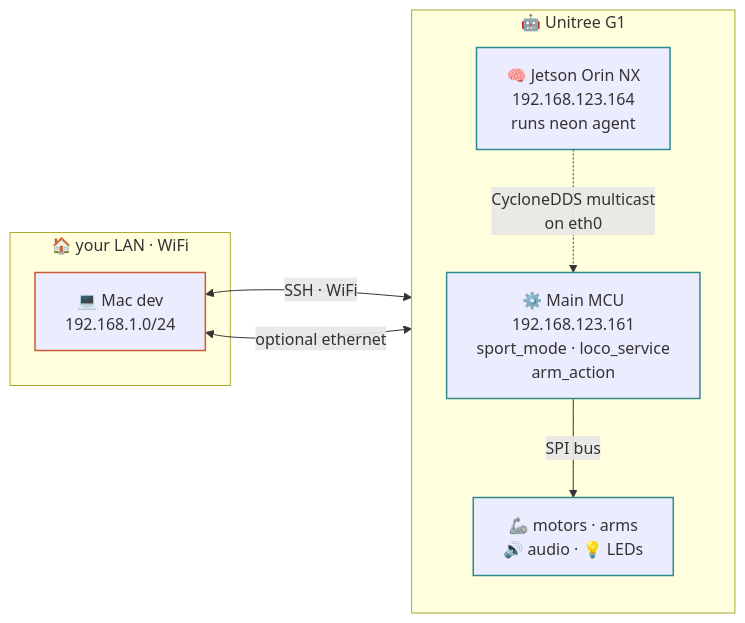
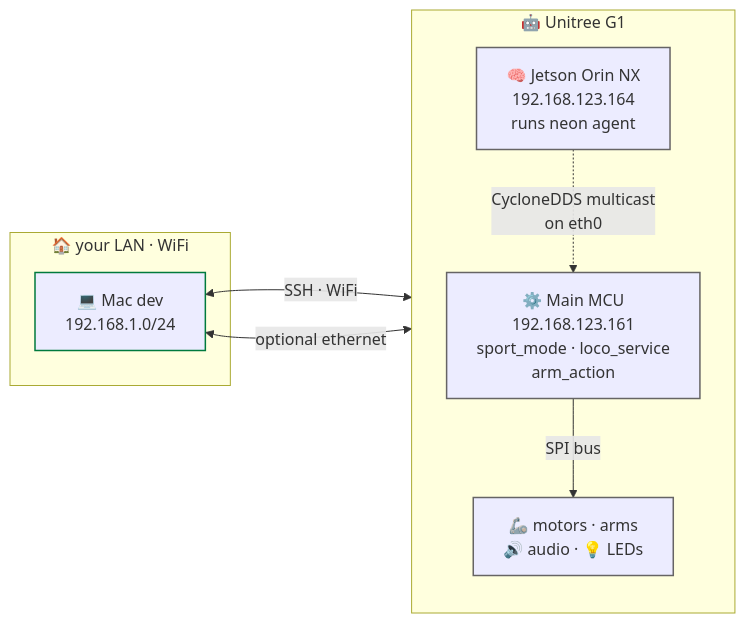
One commit to cagataycali/neon-the-g1 changed the diagram in docs/reference/network.md. Above: the diagram before and after it, drawn with Mermaid. The commit also changed 10 other files, not shown here.

Commit message:
mermaid: Material renders the fences itself; --md-mermaid-* tokens put diagrams in ink on the page surface, classDef strokes in the palette (green / grey / amber), neon's own mermaid@10 renderer and both init scripts removed

````diff
--- a/docs/reference/network.md
+++ b/docs/reference/network.md
@@ -9,24 +9,24 @@
 ```mermaid
 flowchart LR
   subgraph LAN["🏠 your LAN · WiFi"]
     M["💻 Mac dev<br/>192.168.1.0/24"]
   end
 
   subgraph G1["🤖 Unitree G1"]
     direction TB
     J["🧠 Jetson Orin NX<br/>192.168.123.164<br/>runs neon agent"]
     C["⚙️ Main MCU<br/>192.168.123.161<br/>sport_mode · loco_service<br/>arm_action"]
     Motors["🦾 motors · arms<br/>🔊 audio · 💡 LEDs"]
 
     J -.->|"CycloneDDS multicast<br/>on eth0"| C
     C -->|"SPI bus"| Motors
   end
 
   M <-->|"SSH · WiFi"| J
   M <-->|"optional ethernet"| C
 
-  classDef dev stroke:#cc5a3a,stroke-width:1.5px
-  classDef robot stroke:#2e8b8b,stroke-width:1.5px
+  classDef dev stroke:#007a3d,stroke-width:1.5px
+  classDef robot stroke:#666464,stroke-width:1.5px
   class M dev
   class J,C,Motors robot
 ```
````
